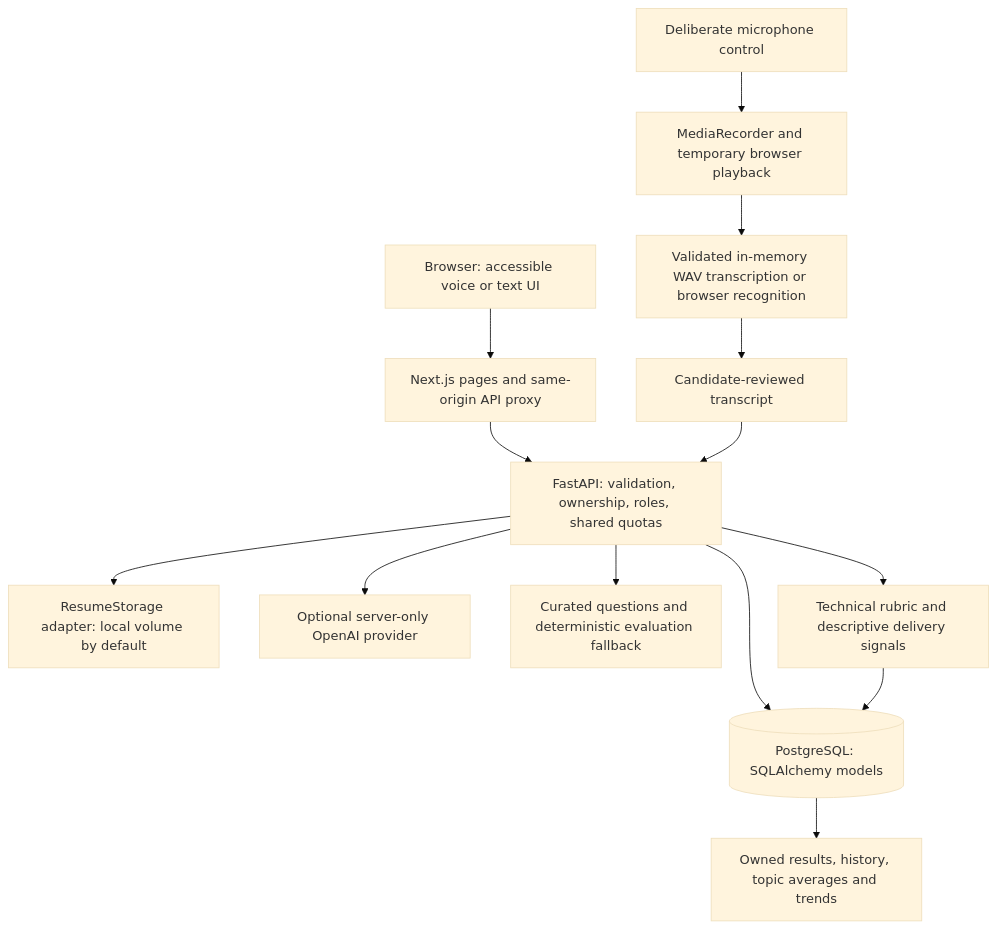
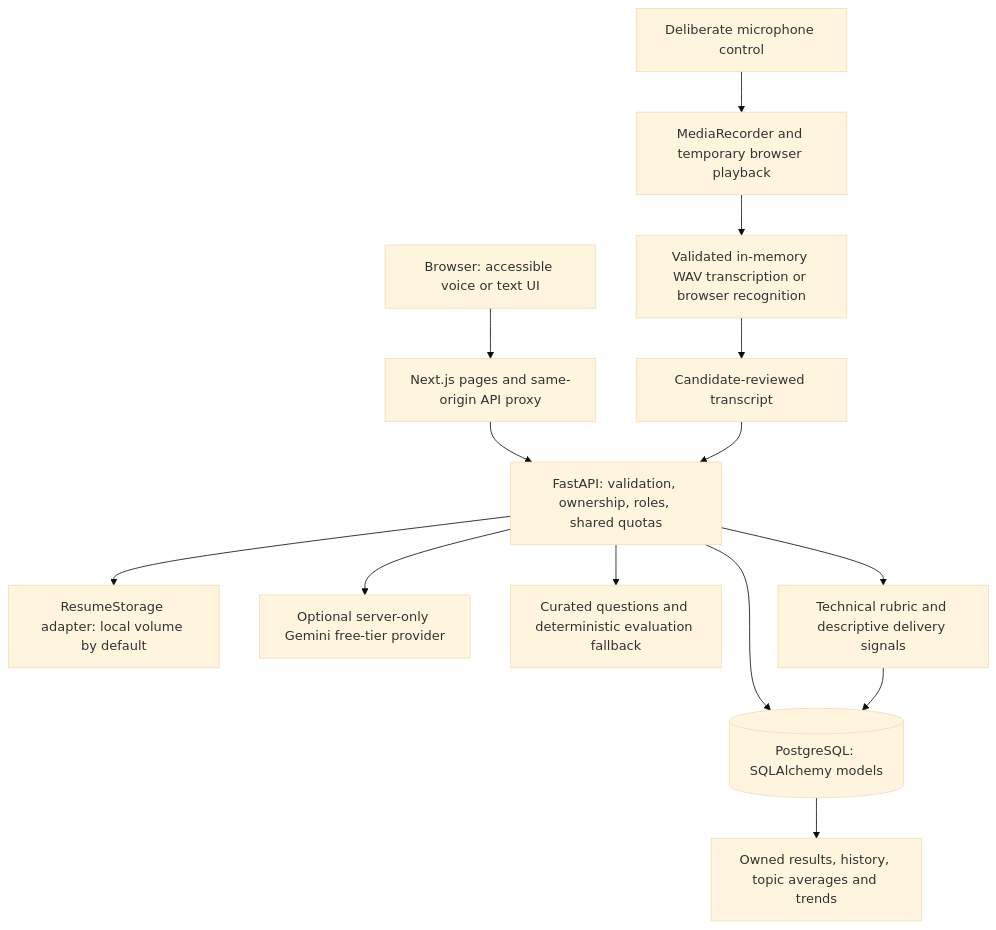
Before and after one commit to keshav1234567891011/ai-interview-platform: the diagram in docs/architecture.md, drawn with Mermaid (base theme). The commit also changed 60 other files, not shown here.

````diff
--- a/docs/architecture.md
+++ b/docs/architecture.md
@@ -11,16 +11,16 @@
 ```mermaid
 flowchart TD
   Browser[Browser: accessible voice or text UI] --> Next[Next.js pages and same-origin API proxy]
   Next --> API[FastAPI: validation, ownership, roles, shared quotas]
   API --> DB[(PostgreSQL: SQLAlchemy models)]
   API --> Storage[ResumeStorage adapter: local volume by default]
-  API --> Provider[Optional server-only OpenAI provider]
+  API --> Provider[Optional server-only Gemini free-tier provider]
   API --> Baseline[Curated questions and deterministic evaluation fallback]
   Microphone[Deliberate microphone control] --> Recorder[MediaRecorder and temporary browser playback]
   Recorder --> Transcription[Validated in-memory WAV transcription or browser recognition]
   Transcription --> Transcript[Candidate-reviewed transcript]
   Transcript --> API
   API --> Evaluation[Technical rubric and descriptive delivery signals]
   Evaluation --> DB
   DB --> Analytics[Owned results, history, topic averages and trends]
 ```
````
